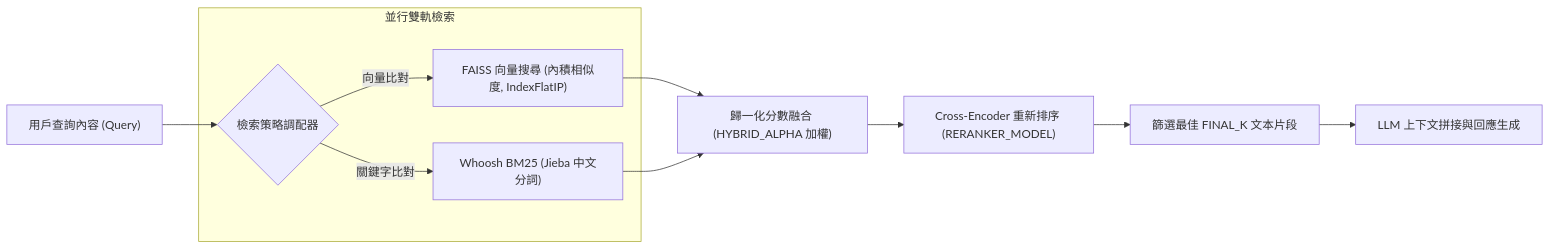
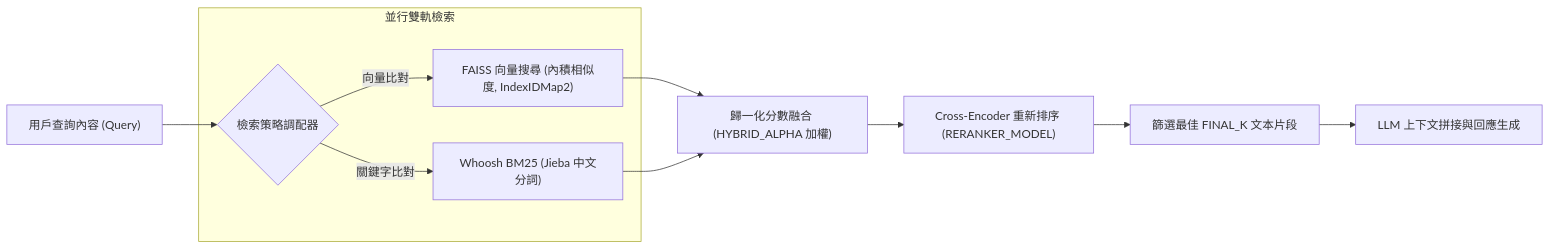
Before and after one commit to Scorpio-meow/AskMiao: the second of 6 diagrams in docs/architecture.md, drawn with Mermaid. The commit also changed other lines of this file and 42 other files, not shown here.

````diff
--- a/docs/architecture.md
+++ b/docs/architecture.md
@@ -87,16 +87,16 @@
 ```mermaid
 flowchart LR
     Query["用戶查詢內容 (Query)"] --> Strategy{"檢索策略調配器"}
 
     subgraph ParallelRetrieval ["並行雙軌檢索"]
-        Strategy -->|向量比對| FAISS["FAISS 向量搜尋 (內積相似度, IndexFlatIP)"]
+        Strategy -->|向量比對| FAISS["FAISS 向量搜尋 (內積相似度, IndexIDMap2)"]
         Strategy -->|關鍵字比對| BM25["Whoosh BM25 (Jieba 中文分詞)"]
     end
 
     FAISS --> Merge["歸一化分數融合 (HYBRID_ALPHA 加權)"]
     BM25 --> Merge
 
     Merge --> Reranker["Cross-Encoder 重新排序 (RERANKER_MODEL)"]
     Reranker --> TopK["篩選最佳 FINAL_K 文本片段"]
     TopK --> LLM["LLM 上下文拼接與回應生成"]
 ```
````
